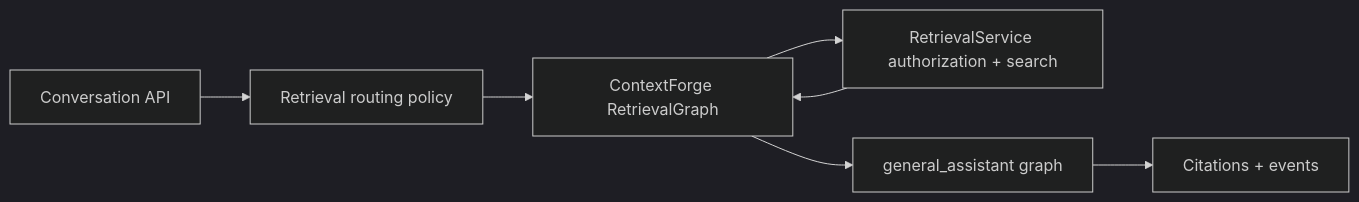
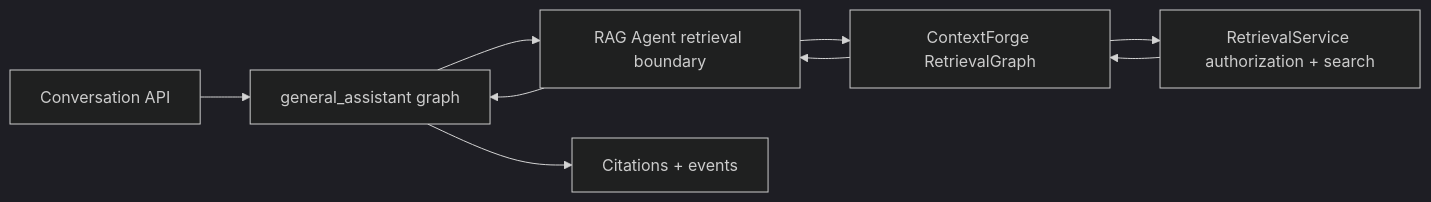
The third of 3 diagrams in docs/product-chat-service/en/06-permission-aware-rag.md (heecheon92/my-agents), drawn with Mermaid (dark theme) before and after one commit. The commit also changed other lines of this file and 45 other files, not shown here.

````diff
--- a/docs/product-chat-service/en/06-permission-aware-rag.md
+++ b/docs/product-chat-service/en/06-permission-aware-rag.md
@@ -140,9 +137,11 @@
 ```mermaid
 flowchart LR
-    API[Conversation API] --> Router[Retrieval routing policy]
-    Router --> RG[ContextForge RetrievalGraph]
+    API[Conversation API] --> GA[general_assistant graph]
+    GA --> RAG[RAG Agent retrieval boundary]
+    RAG --> RG[ContextForge RetrievalGraph]
     RG --> RS[RetrievalService authorization + search]
     RS --> RG
-    RG --> GA[general_assistant graph]
+    RG --> RAG
+    RAG --> GA
     GA --> Events[Citations + events]
 ```
````
